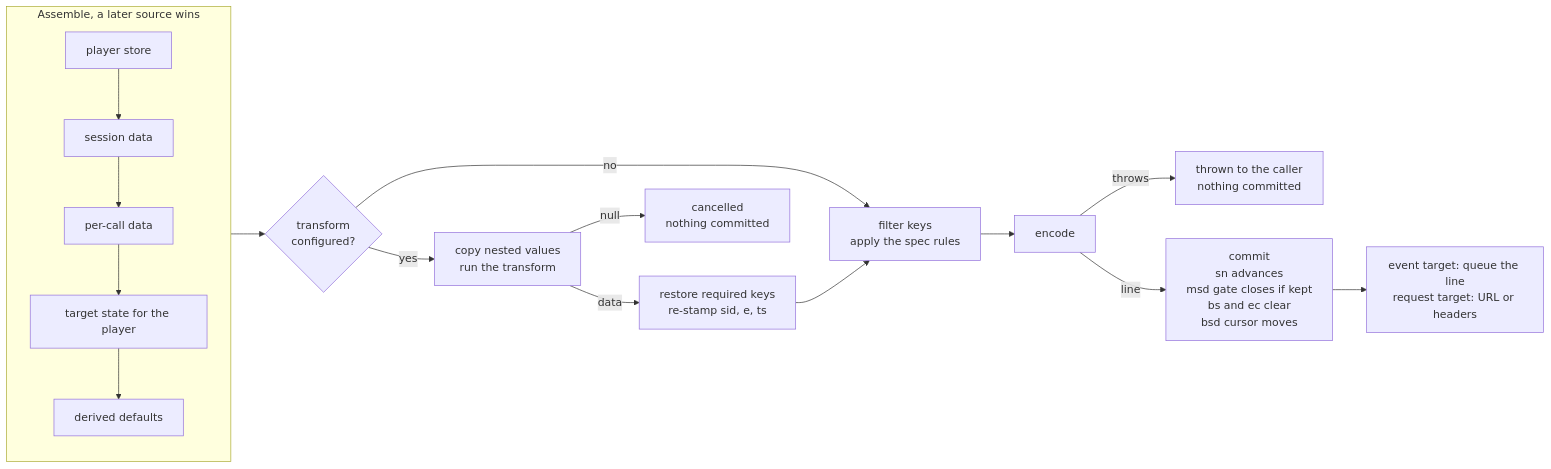
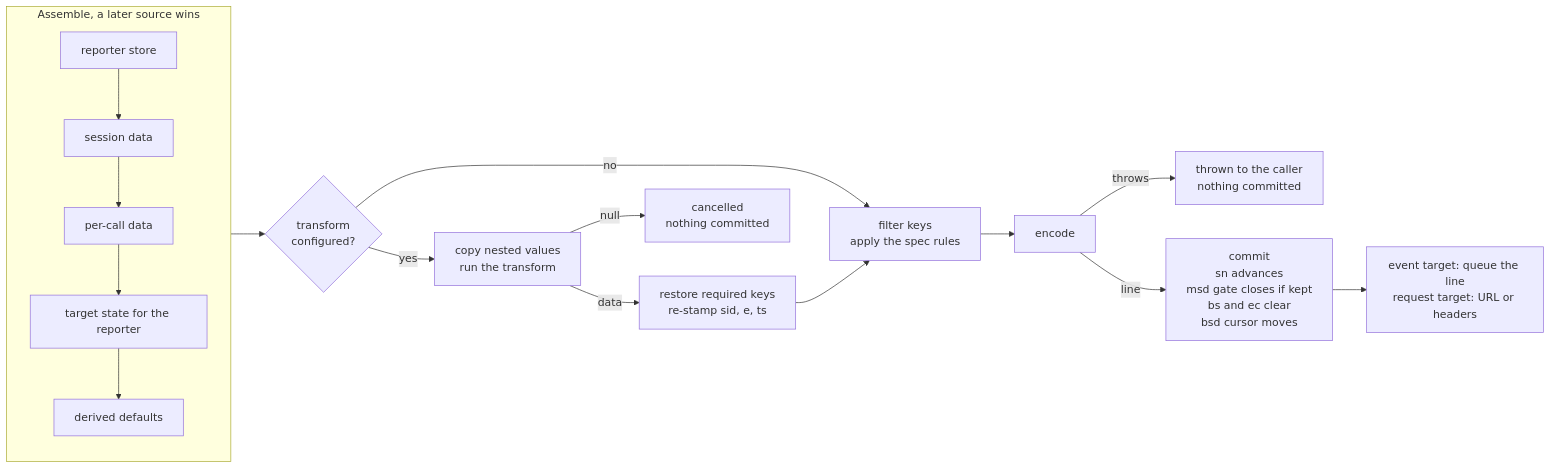
One commit to streaming-video-technology-alliance/common-media-library changed the fourth of 5 diagrams in rfc/cmcd-session-api.md. Above: the diagram before and after it, drawn with Mermaid. The commit also changed other lines of this file and 2 other files, not shown here.

First line of the commit message:
docs(rfc): apply the first review round to the session API RFC

````diff
--- a/rfc/cmcd-session-api.md
+++ b/rfc/cmcd-session-api.md
@@ -424,16 +434,16 @@
 ```mermaid
 flowchart LR
     subgraph assemble["Assemble, a later source wins"]
         direction TB
-        s1["player store"] --> s2["session data"] --> s3["per-call data"] --> s4["target state for the player"] --> s5["derived defaults"]
+        s1["reporter store"] --> s2["session data"] --> s3["per-call data"] --> s4["target state for the reporter"] --> s5["derived defaults"]
     end
     assemble --> tq{"transform<br>configured?"}
     tq -- no --> prep["filter keys<br>apply the spec rules"]
     tq -- yes --> tr["copy nested values<br>run the transform"]
     tr -- null --> cancel["cancelled<br>nothing committed"]
     tr -- data --> restore["restore required keys<br>re-stamp sid, e, ts"] --> prep
     prep --> enc["encode"]
     enc -- throws --> fail["thrown to the caller<br>nothing committed"]
     enc -- line --> commit["commit<br>sn advances<br>msd gate closes if kept<br>bs and ec clear<br>bsd cursor moves"]
     commit --> out["event target: queue the line<br>request target: URL or headers"]
 ```
````
